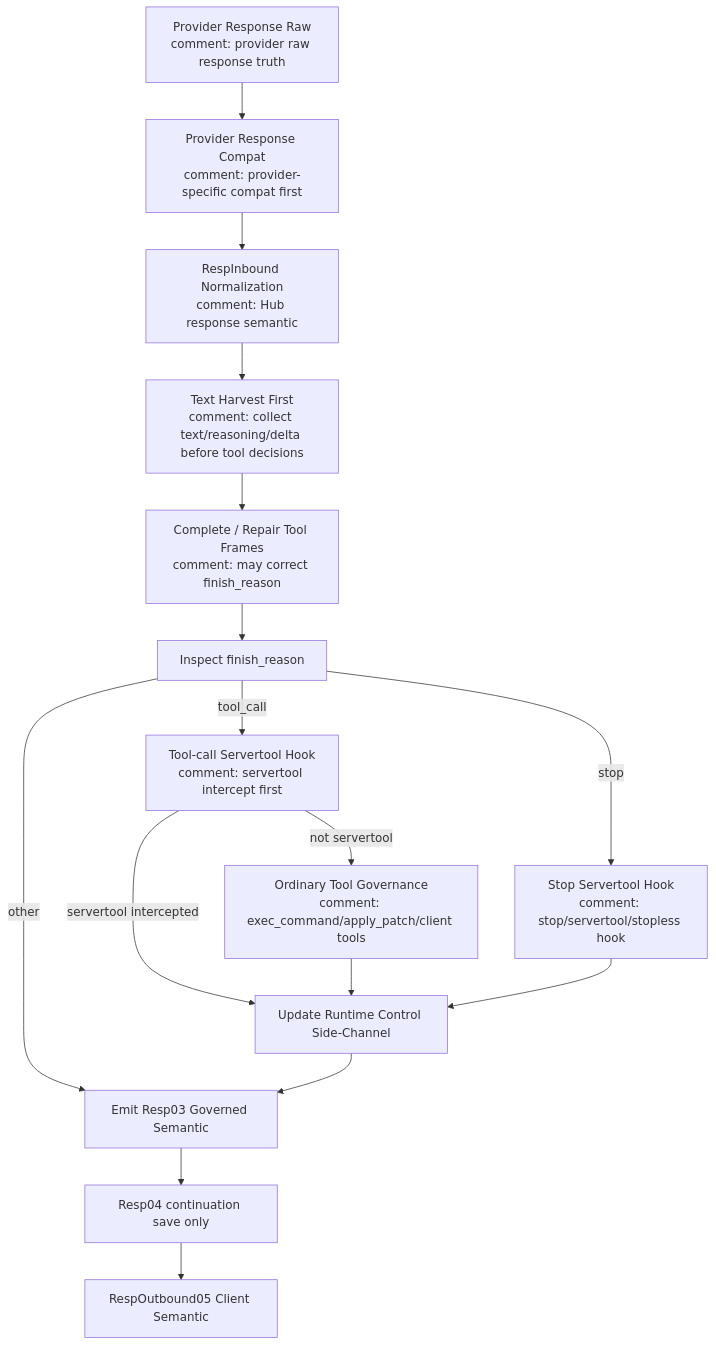
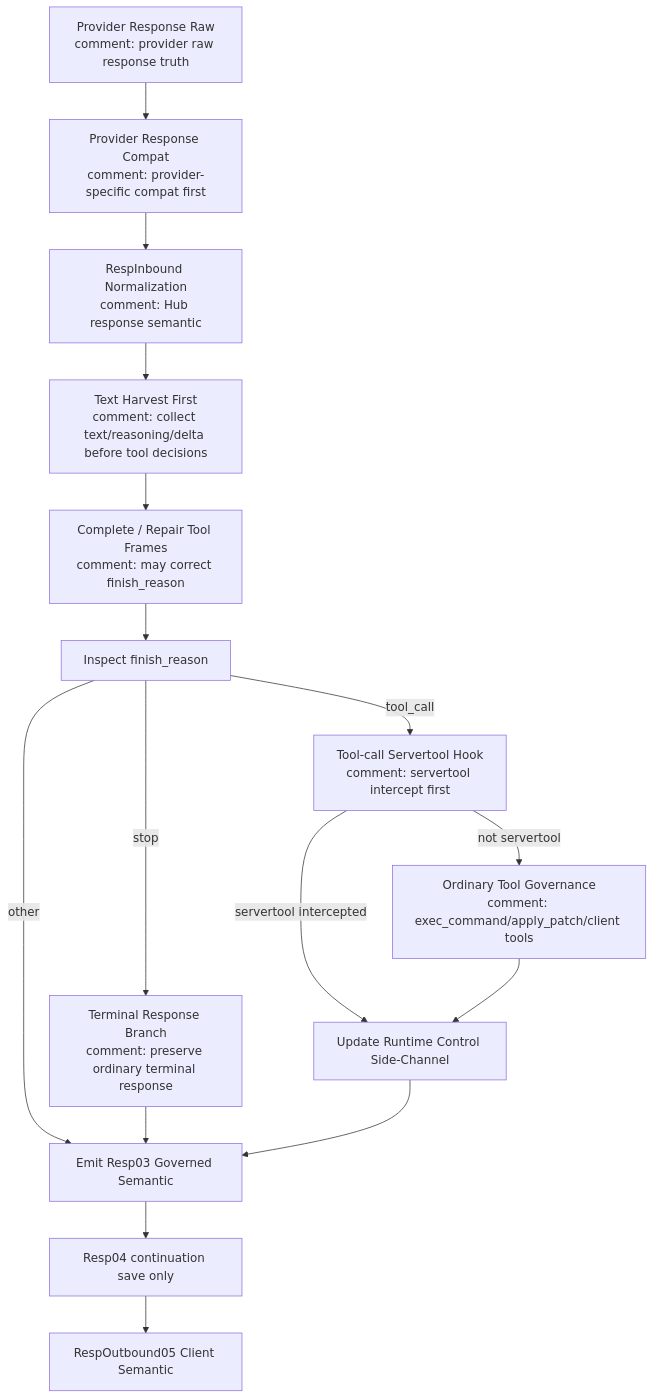
Before and after one commit to Jasonzhangf/routecodex: the second of 2 diagrams in v3/build-contracts/architecture-admission/repo/docs/architecture/wiki/v3-req04-tool-governance-review.md, drawn with Mermaid. The commit also changed other lines of this file and 330 other files, not shown here.

````diff
--- a/v3/build-contracts/architecture-admission/repo/docs/architecture/wiki/v3-req04-tool-governance-review.md
+++ b/v3/build-contracts/architecture-admission/repo/docs/architecture/wiki/v3-req04-tool-governance-review.md
@@ -71,18 +71,18 @@
 ```mermaid
 flowchart TD
   A[Provider Response Raw\ncomment: provider raw response truth] --> B[Provider Response Compat\ncomment: provider-specific compat first]
   B --> C[RespInbound Normalization\ncomment: Hub response semantic]
   C --> D[Text Harvest First\ncomment: collect text/reasoning/delta before tool decisions]
   D --> E[Complete / Repair Tool Frames\ncomment: may correct finish_reason]
   E --> F[Inspect finish_reason]
   F -- tool_call --> G[Tool-call Servertool Hook\ncomment: servertool intercept first]
-  F -- stop --> H[Stop Servertool Hook\ncomment: stop/servertool/stopless hook]
+  F -- stop --> H[Terminal Response Branch\ncomment: preserve ordinary terminal response]
   F -- other --> K[Emit Resp03 Governed Semantic]
   G -- servertool intercepted --> I[Update Runtime Control Side-Channel]
   G -- not servertool --> J[Ordinary Tool Governance\ncomment: exec_command/apply_patch/client tools]
   J --> I
-  H --> I
+  H --> K
   I --> K
   K --> L[Resp04 continuation save only]
   L --> M[RespOutbound05 Client Semantic]
 ```
````
